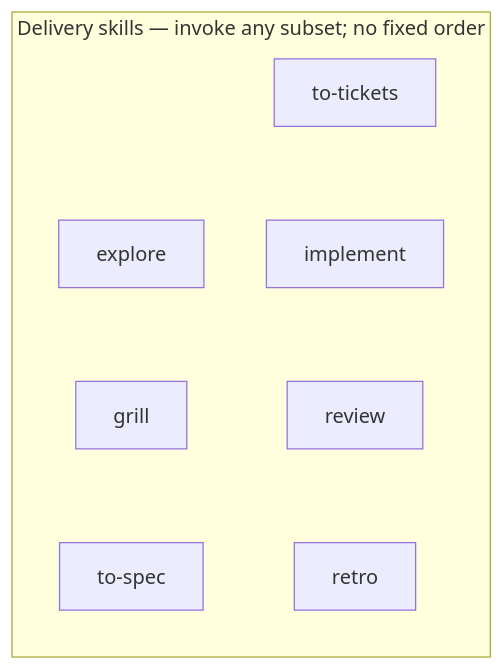
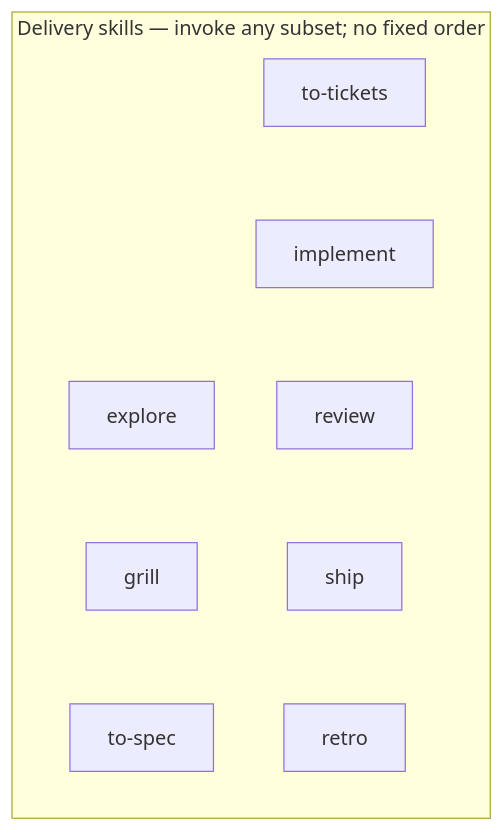
One commit to gaboesquivel/flow-skills changed the diagram in docs/skills.md. Above: the diagram before and after it, drawn with Mermaid. The commit also changed other lines of this file and 53 other files, not shown here.

````diff
--- a/docs/skills.md
+++ b/docs/skills.md
@@ -17,8 +17,8 @@
 ```mermaid
 flowchart LR
   subgraph delivery["Delivery skills — invoke any subset; no fixed order"]
     direction TB
     explore ~~~ grill ~~~ toSpec[to-spec]
-    toTickets[to-tickets] ~~~ implement ~~~ review ~~~ retro
+    toTickets[to-tickets] ~~~ implement ~~~ review ~~~ ship ~~~ retro
   end
 ```
````
